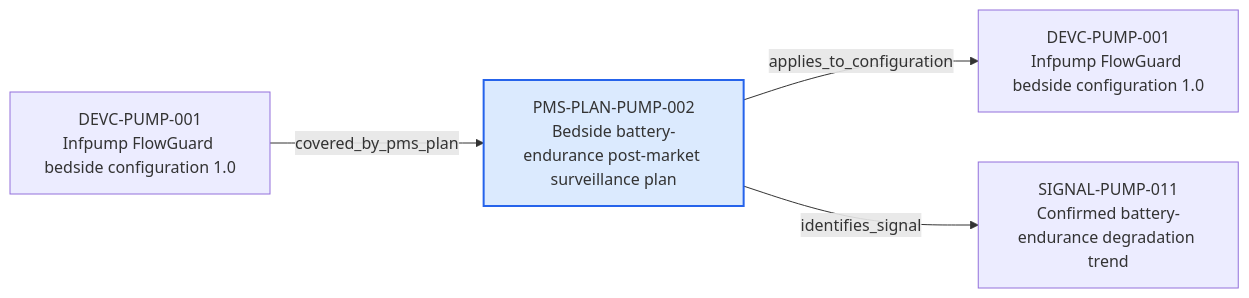
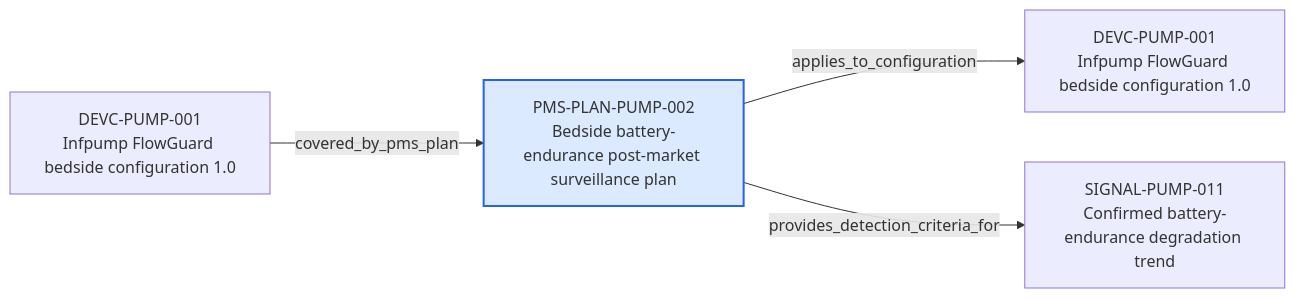
Before and after one commit to mvattulainen/mdrontology: the diagram in content/06-Infpump FlowGuard ontology notes/pms-plan/PMS-PLAN-PUMP-002-bedside-battery-endurance-post-market-surveillance-plan.md, drawn with Mermaid. The commit also changed other lines of this file and 220 other files, not shown here.

````diff
--- a/content/06-Infpump FlowGuard ontology notes/pms-plan/PMS-PLAN-PUMP-002-bedside-battery-endurance-post-market-surveillance-plan.md
+++ b/content/06-Infpump FlowGuard ontology notes/pms-plan/PMS-PLAN-PUMP-002-bedside-battery-endurance-post-market-surveillance-plan.md
@@ -82,12 +82,12 @@
 ```mermaid
 flowchart LR
   CURRENT["PMS-PLAN-PUMP-002<br/>Bedside battery-endurance post-market surveillance plan"]
   PREV0["DEVC-PUMP-001<br/>Infpump FlowGuard bedside configuration 1.0"]
   PREV0 -->|"covered_by_pms_plan"| CURRENT
   NEXT0["DEVC-PUMP-001<br/>Infpump FlowGuard bedside configuration 1.0"]
   CURRENT -->|"applies_to_configuration"| NEXT0
   NEXT1["SIGNAL-PUMP-011<br/>Confirmed battery-endurance degradation trend"]
-  CURRENT -->|"identifies_signal"| NEXT1
+  CURRENT -->|"provides_detection_criteria_for"| NEXT1
   classDef current fill:#dbeafe,stroke:#2563eb,stroke-width:2px
   class CURRENT current
 ```
````
